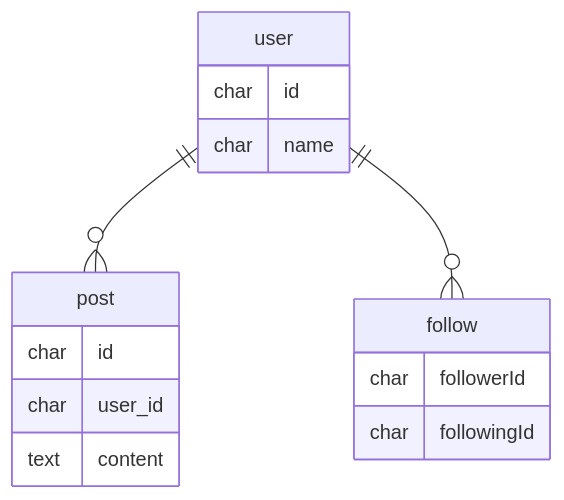
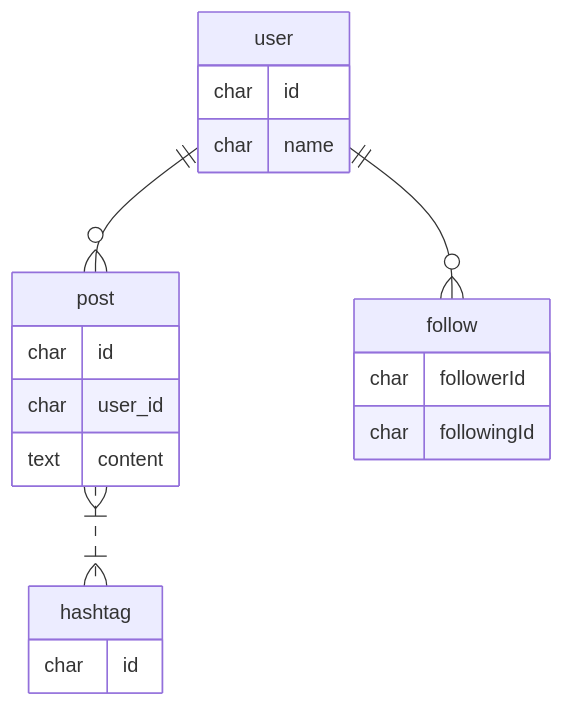
Before and after one commit to SakaiTaka23/kagami: the first of 2 diagrams in README.md, drawn with Mermaid.

Commit message:
データベースの形を軽く書いておいた

````diff
--- a/README.md
+++ b/README.md
@@ -10,22 +10,26 @@
 ```mermaid
 erDiagram
 user ||--o{post : "" 
 user ||--o{follow: ""
+post }|..|{hashtag: ""
 
 user {
  char id
  char name
 }
 
 post {
  char id
  char user_id
  text content
 }
 
-
 follow {
     char followerId
     char followingId
 }
+
+hashtag {
+    char id
+}
 ```
````
